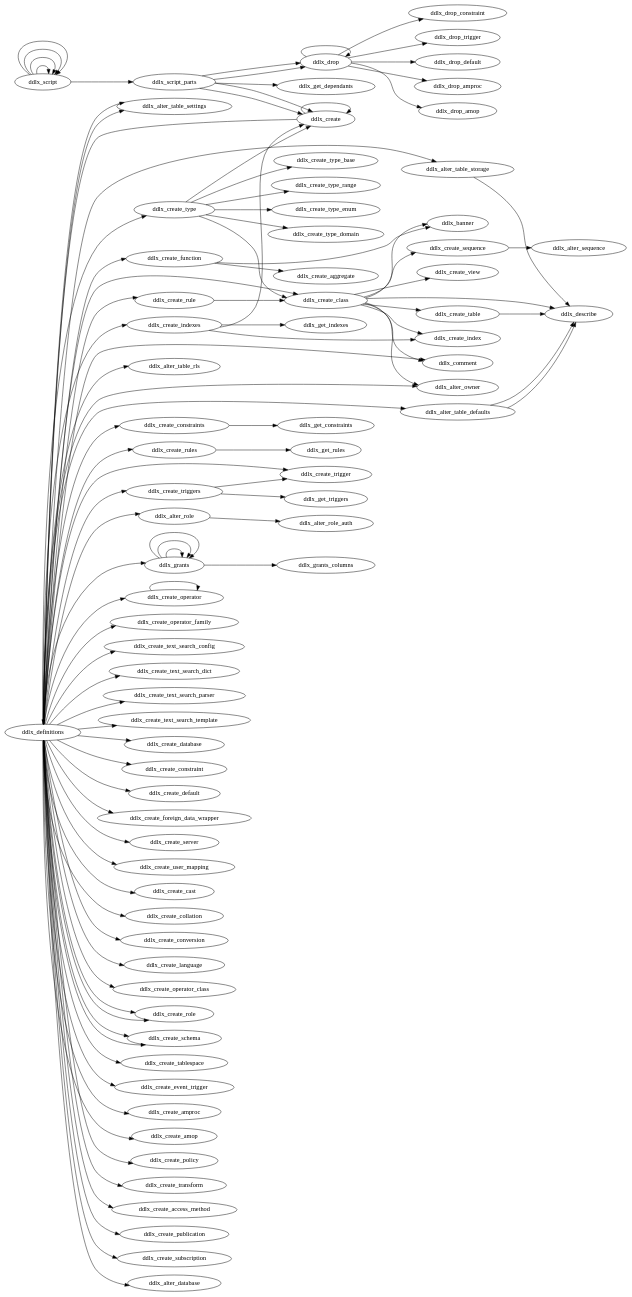
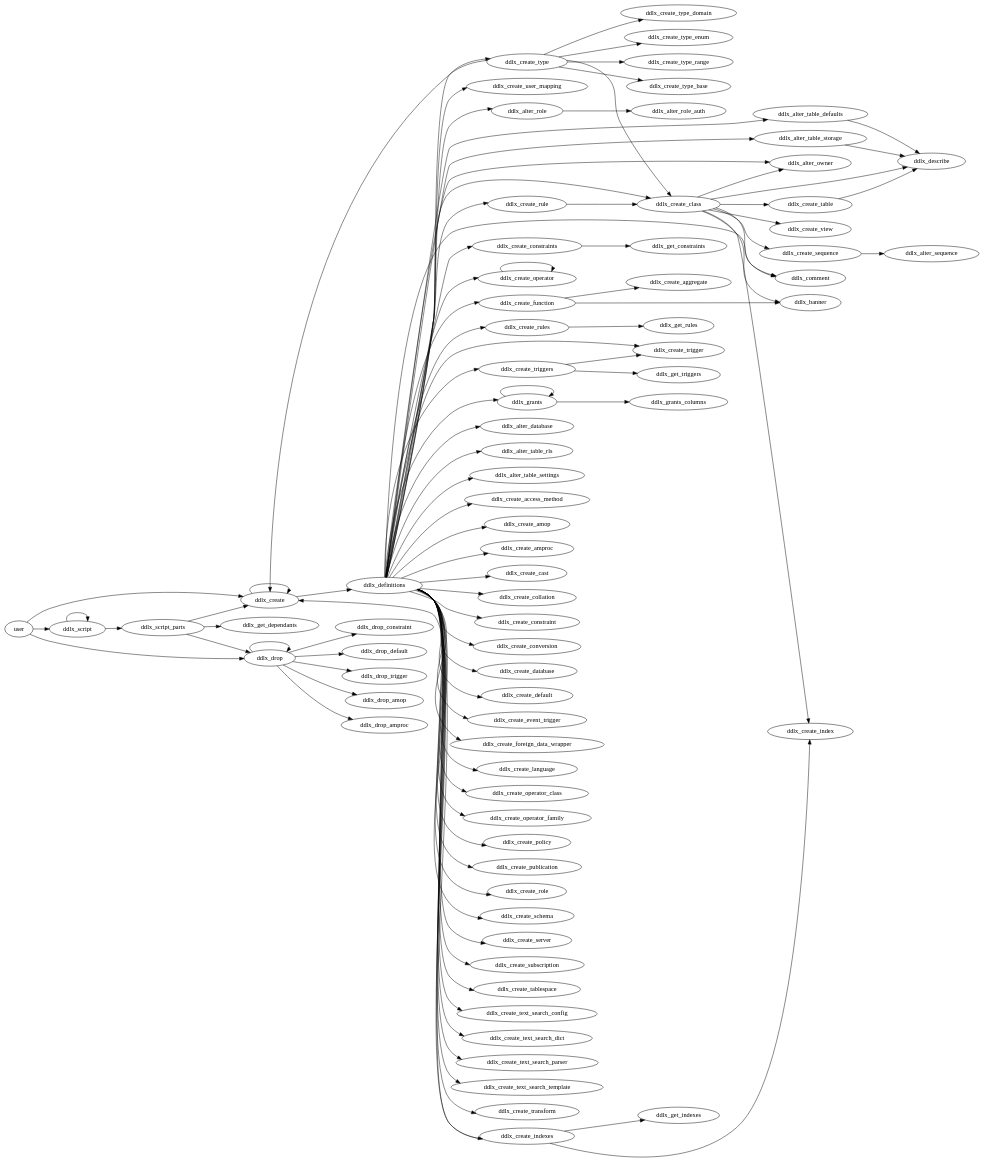
The diagram in docs/function_usage_2.gv (lacanoid/pgddl), drawn with Graphviz before and after one commit. The commit also changed 1 other file, not shown here.

```diff
--- a/docs/function_usage_2.gv
+++ b/docs/function_usage_2.gv
@@ -1,196 +1,178 @@
 digraph pg_ddl {
 rankdir = LR
-# ddlx_identify
-# ddlx_describe
-# ddlx_get_constraints
-# ddlx_get_rules
-# ddlx_get_triggers
-# ddlx_get_indexes
-# ddlx_get_functions
+"user" -> "ddlx_create"
+"user" -> "ddlx_drop"
+"user" -> "ddlx_script"
+# ddlx_alter_class
+# ddlx_alter_database
+# ddlx_alter_owner
+# ddlx_alter_role
+# ddlx_alter_role_auth
+"ddlx_alter_role" -> "ddlx_alter_role_auth";
+# ddlx_alter_sequence
+# ddlx_alter_table_defaults
+"ddlx_alter_table_defaults" -> "ddlx_describe";
+# ddlx_alter_table_rls
+# ddlx_alter_table_settings
+# ddlx_alter_table_storage
+"ddlx_alter_table_storage" -> "ddlx_describe";
+# ddlx_apropos
 # ddlx_banner
 # ddlx_comment
-# ddlx_grants
 # ddlx_create
-# ddlx_alter_owner
+# ddlx_create_access_method
+# ddlx_create_aggregate
+# ddlx_create_amop
+# ddlx_create_amproc
+# ddlx_create_cast
+# ddlx_create_class
+"ddlx_create_class" -> "ddlx_alter_owner";
+"ddlx_create_class" -> "ddlx_banner";
+"ddlx_create_class" -> "ddlx_comment";
+"ddlx_create_class" -> "ddlx_create_index";
+"ddlx_create_class" -> "ddlx_create_sequence";
+"ddlx_create_class" -> "ddlx_create_table";
+"ddlx_create_class" -> "ddlx_create_view";
+"ddlx_create_class" -> "ddlx_describe";
+# ddlx_create_collation
+# ddlx_create_constraint
+# ddlx_create_constraints
+"ddlx_create_constraints" -> "ddlx_get_constraints";
+# ddlx_create_conversion
+# ddlx_create_database
+"ddlx_create" -> "ddlx_create";
+"ddlx_create" -> "ddlx_definitions";
+# ddlx_create_default
+# ddlx_create_event_trigger
+# ddlx_create_foreign_data_wrapper
+# ddlx_create_function
+"ddlx_create_function" -> "ddlx_banner";
+"ddlx_create_function" -> "ddlx_create_aggregate";
+# ddlx_create_index
+# ddlx_create_indexes
+"ddlx_create_indexes" -> "ddlx_create";
+"ddlx_create_indexes" -> "ddlx_create_index";
+"ddlx_create_indexes" -> "ddlx_get_indexes";
+# ddlx_create_language
+# ddlx_create_operator
+# ddlx_create_operator_class
+"ddlx_create_operator" -> "ddlx_create_operator";
+# ddlx_create_operator_family
+# ddlx_create_policy
+# ddlx_create_publication
+# ddlx_create_role
+# ddlx_create_rule
+"ddlx_create_rule" -> "ddlx_create_class";
+# ddlx_create_rules
+"ddlx_create_rules" -> "ddlx_get_rules";
+# ddlx_create_schema
+# ddlx_create_sequence
+"ddlx_create_sequence" -> "ddlx_alter_sequence";
+# ddlx_create_server
+# ddlx_create_subscription
 # ddlx_create_table
 "ddlx_create_table" -> "ddlx_describe";
-# ddlx_create_view
-# ddlx_alter_sequence
-# ddlx_create_sequence
-"ddlx_create_sequence" -> "ddlx_alter_sequence";
-# ddlx_create_type_shell
-# ddlx_create_type_base
-# ddlx_create_type_range
-# ddlx_create_type_enum
-# ddlx_create_type_domain
-# ddlx_create_index
-# ddlx_create_class
-"ddlx_create_class" -> "ddlx_describe";
-"ddlx_create_class" -> "ddlx_banner";
-"ddlx_create_class" -> "ddlx_create_view";
-"ddlx_create_class" -> "ddlx_create_table";
-"ddlx_create_class" -> "ddlx_create_sequence";
-"ddlx_create_class" -> "ddlx_create_index";
-"ddlx_create_class" -> "ddlx_comment";
-"ddlx_create_class" -> "ddlx_alter_owner";
-# ddlx_alter_table_defaults
-"ddlx_alter_table_defaults" -> "ddlx_describe";
-"ddlx_alter_table_defaults" -> "ddlx_describe";
-# ddlx_alter_table_storage
-"ddlx_alter_table_storage" -> "ddlx_describe";
-# ddlx_alter_table_settings
-# ddlx_create_default
-# ddlx_drop_default
-# ddlx_create_constraints
-"ddlx_create_constraints" -> "ddlx_get_constraints";
-# ddlx_create_constraint
-# ddlx_drop_constraint
-# ddlx_create_rules
-"ddlx_create_rules" -> "ddlx_get_rules";
-# ddlx_create_rule
-"ddlx_create_rule" -> "ddlx_create_class";
+# ddlx_create_tablespace
+# ddlx_create_text_search_config
+# ddlx_create_text_search_dict
+# ddlx_create_text_search_parser
+# ddlx_create_text_search_template
+# ddlx_create_transform
 # ddlx_create_trigger
 # ddlx_create_triggers
 "ddlx_create_triggers" -> "ddlx_create_trigger";
 "ddlx_create_triggers" -> "ddlx_get_triggers";
-# ddlx_drop_trigger
-# ddlx_create_indexes
-"ddlx_create_indexes" -> "ddlx_get_indexes";
-"ddlx_create_indexes" -> "ddlx_create_index";
-"ddlx_create_indexes" -> "ddlx_create";
-# ddlx_create_aggregate
-# ddlx_create_function
-"ddlx_create_function" -> "ddlx_banner";
-"ddlx_create_function" -> "ddlx_create_aggregate";
-# ddlx_grants
-# ddlx_grants_to_role
-# ddlx_alter_role_auth
-# ddlx_create_role
-# ddlx_create_role
-# ddlx_alter_role
-# ddlx_alter_role
-"ddlx_alter_role" -> "ddlx_alter_role_auth";
-# ddlx_create_event_trigger
-# ddlx_create_foreign_data_wrapper
-# ddlx_create_server
+# ddlx_create_type
+# ddlx_create_type_base
+"ddlx_create_type" -> "ddlx_create";
+"ddlx_create_type" -> "ddlx_create_class";
+"ddlx_create_type" -> "ddlx_create_type_base";
+"ddlx_create_type" -> "ddlx_create_type_domain";
+"ddlx_create_type" -> "ddlx_create_type_enum";
+"ddlx_create_type" -> "ddlx_create_type_range";
+# ddlx_create_type_domain
+# ddlx_create_type_enum
+# ddlx_create_type_range
+# ddlx_create_type_shell
 # ddlx_create_user_mapping
-# ddlx_create_policy
-# ddlx_create_transform
-# ddlx_create_publication
-# ddlx_create_subscription
-# ddlx_grants_columns
-# ddlx_grants
-"ddlx_grants" -> "ddlx_grants_columns";
-# ddlx_grants
-# ddlx_grants
-"ddlx_grants" -> "ddlx_grants";
-"ddlx_grants" -> "ddlx_grants";
-"ddlx_grants" -> "ddlx_grants";
-# ddlx_create_language
-# ddlx_get_dependants
-# ddlx_apropos
-# ddlx_alter_table_rls
-# ddlx_create_operator
-# ddlx_create_operator
-"ddlx_create_operator" -> "ddlx_create_operator";
-# ddlx_create_text_search_config
-# ddlx_create_text_search_dict
-# ddlx_create_text_search_parser
-# ddlx_create_text_search_template
-# ddlx_create_cast
-# ddlx_create_collation
-# ddlx_create_conversion
-# ddlx_create_tablespace
-# ddlx_create_database
-# ddlx_alter_database
-# ddlx_create_access_method
-# ddlx_create_operator_class
-# ddlx_create_operator_family
-# ddlx_create_amproc
-# ddlx_drop_amproc
-# ddlx_create_amop
-# ddlx_drop_amop
-# ddlx_create_schema
-# ddlx_create_schema
-# ddlx_create_type
-"ddlx_create_type" -> "ddlx_create_class";
-"ddlx_create_type" -> "ddlx_create";
-"ddlx_create_type" -> "ddlx_create_type_enum";
-"ddlx_create_type" -> "ddlx_create_type_domain";
-"ddlx_create_type" -> "ddlx_create_type_base";
-"ddlx_create_type" -> "ddlx_create_type_range";
+# ddlx_create_view
 # ddlx_definitions
+"ddlx_definitions" -> "ddlx_alter_database";
+"ddlx_definitions" -> "ddlx_alter_owner";
+"ddlx_definitions" -> "ddlx_alter_role";
+"ddlx_definitions" -> "ddlx_alter_table_defaults";
+"ddlx_definitions" -> "ddlx_alter_table_rls";
+"ddlx_definitions" -> "ddlx_alter_table_settings";
+"ddlx_definitions" -> "ddlx_alter_table_storage";
+"ddlx_definitions" -> "ddlx_comment";
+"ddlx_definitions" -> "ddlx_create_access_method";
+"ddlx_definitions" -> "ddlx_create_amop";
+"ddlx_definitions" -> "ddlx_create_amproc";
+"ddlx_definitions" -> "ddlx_create_cast";
 "ddlx_definitions" -> "ddlx_create_class";
-"ddlx_definitions" -> "ddlx_create_type";
+"ddlx_definitions" -> "ddlx_create_collation";
+"ddlx_definitions" -> "ddlx_create_constraint";
+"ddlx_definitions" -> "ddlx_create_constraints";
+"ddlx_definitions" -> "ddlx_create_conversion";
+"ddlx_definitions" -> "ddlx_create_database";
+"ddlx_definitions" -> "ddlx_create_default";
+"ddlx_definitions" -> "ddlx_create_event_trigger";
+"ddlx_definitions" -> "ddlx_create_foreign_data_wrapper";
 "ddlx_definitions" -> "ddlx_create_function";
+"ddlx_definitions" -> "ddlx_create_indexes";
+"ddlx_definitions" -> "ddlx_create_language";
 "ddlx_definitions" -> "ddlx_create_operator";
+"ddlx_definitions" -> "ddlx_create_operator_class";
 "ddlx_definitions" -> "ddlx_create_operator_family";
+"ddlx_definitions" -> "ddlx_create_policy";
+"ddlx_definitions" -> "ddlx_create_publication";
+"ddlx_definitions" -> "ddlx_create_role";
 "ddlx_definitions" -> "ddlx_create_rule";
+"ddlx_definitions" -> "ddlx_create_rules";
+"ddlx_definitions" -> "ddlx_create_schema";
+"ddlx_definitions" -> "ddlx_create_server";
+"ddlx_definitions" -> "ddlx_create_subscription";
+"ddlx_definitions" -> "ddlx_create_tablespace";
 "ddlx_definitions" -> "ddlx_create_text_search_config";
 "ddlx_definitions" -> "ddlx_create_text_search_dict";
 "ddlx_definitions" -> "ddlx_create_text_search_parser";
 "ddlx_definitions" -> "ddlx_create_text_search_template";
-"ddlx_definitions" -> "ddlx_create_database";
-"ddlx_definitions" -> "ddlx_create_constraint";
+"ddlx_definitions" -> "ddlx_create_transform";
 "ddlx_definitions" -> "ddlx_create_trigger";
-"ddlx_definitions" -> "ddlx_create_default";
-"ddlx_definitions" -> "ddlx_create_foreign_data_wrapper";
-"ddlx_definitions" -> "ddlx_create_server";
+"ddlx_definitions" -> "ddlx_create_triggers";
+"ddlx_definitions" -> "ddlx_create_type";
 "ddlx_definitions" -> "ddlx_create_user_mapping";
-"ddlx_definitions" -> "ddlx_create_cast";
-"ddlx_definitions" -> "ddlx_create_collation";
-"ddlx_definitions" -> "ddlx_create_conversion";
-"ddlx_definitions" -> "ddlx_create_language";
-"ddlx_definitions" -> "ddlx_create_operator_class";
-"ddlx_definitions" -> "ddlx_create_role";
-"ddlx_definitions" -> "ddlx_create_schema";
-"ddlx_definitions" -> "ddlx_create_role";
-"ddlx_definitions" -> "ddlx_create_schema";
-"ddlx_definitions" -> "ddlx_create_tablespace";
-"ddlx_definitions" -> "ddlx_create_event_trigger";
-"ddlx_definitions" -> "ddlx_create_amproc";
-"ddlx_definitions" -> "ddlx_create_amop";
-"ddlx_definitions" -> "ddlx_create_policy";
-"ddlx_definitions" -> "ddlx_create_transform";
-"ddlx_definitions" -> "ddlx_create_access_method";
-"ddlx_definitions" -> "ddlx_create_publication";
-"ddlx_definitions" -> "ddlx_create_subscription";
-"ddlx_definitions" -> "ddlx_comment";
-"ddlx_definitions" -> "ddlx_alter_owner";
-"ddlx_definitions" -> "ddlx_alter_table_storage";
-"ddlx_definitions" -> "ddlx_alter_table_defaults";
-"ddlx_definitions" -> "ddlx_alter_role";
-"ddlx_definitions" -> "ddlx_alter_database";
-"ddlx_definitions" -> "ddlx_alter_table_settings";
-"ddlx_definitions" -> "ddlx_alter_table_settings";
-"ddlx_definitions" -> "ddlx_create_constraints";
-"ddlx_definitions" -> "ddlx_create_indexes";
-"ddlx_definitions" -> "ddlx_create_triggers";
-"ddlx_definitions" -> "ddlx_create_rules";
-"ddlx_definitions" -> "ddlx_alter_table_rls";
 "ddlx_definitions" -> "ddlx_grants";
-# ddlx_alter_class
-# ddlx_create
-"ddlx_create" -> "ddlx_definitions";
-"ddlx_create" -> "ddlx_create";
+# ddlx_describe
 # ddlx_drop
+# ddlx_drop_amop
+# ddlx_drop_amproc
+# ddlx_drop_constraint
+"ddlx_drop" -> "ddlx_drop";
+"ddlx_drop" -> "ddlx_drop_amop";
+"ddlx_drop" -> "ddlx_drop_amproc";
 "ddlx_drop" -> "ddlx_drop_constraint";
+"ddlx_drop" -> "ddlx_drop_default";
 "ddlx_drop" -> "ddlx_drop_trigger";
-"ddlx_drop" -> "ddlx_drop_default";
-"ddlx_drop" -> "ddlx_drop_amproc";
-"ddlx_drop" -> "ddlx_drop_amop";
-"ddlx_drop" -> "ddlx_drop";
+# ddlx_drop_default
+# ddlx_drop_trigger
+# ddlx_get_constraints
+# ddlx_get_dependants
+# ddlx_get_functions
+# ddlx_get_indexes
+# ddlx_get_rules
+# ddlx_get_triggers
+# ddlx_grants
+# ddlx_grants_columns
+"ddlx_grants" -> "ddlx_grants";
+"ddlx_grants" -> "ddlx_grants_columns";
+# ddlx_grants_to_role
+# ddlx_identify
+# ddlx_script
+"ddlx_script" -> "ddlx_script";
+"ddlx_script" -> "ddlx_script_parts";
 # ddlx_script_parts
-"ddlx_script_parts" -> "ddlx_drop";
-"ddlx_script_parts" -> "ddlx_create";
-"ddlx_script_parts" -> "ddlx_get_dependants";
 "ddlx_script_parts" -> "ddlx_create";
 "ddlx_script_parts" -> "ddlx_drop";
-# ddlx_script
-"ddlx_script" -> "ddlx_script_parts";
-"ddlx_script" -> "ddlx_script";
-# ddlx_script
-"ddlx_script" -> "ddlx_script";
-"ddlx_script" -> "ddlx_script";
-"ddlx_script" -> "ddlx_script";
+"ddlx_script_parts" -> "ddlx_get_dependants";
 }
```
